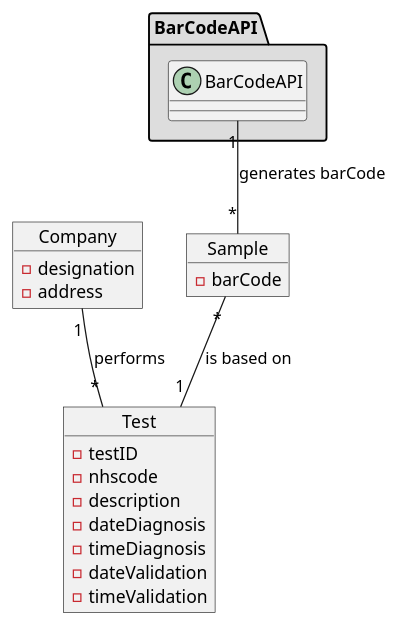
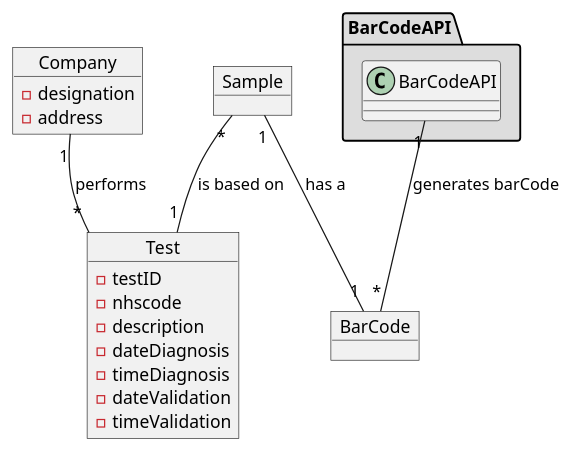
The diagram in docs/SprintC/US5/US5-MD.puml (jsmarques98/LAPR2-ISEP), drawn with PlantUML before and after one commit. The commit also changed 6 other files, not shown here.

```diff
--- a/docs/SprintC/US5/US5-MD.puml
+++ b/docs/SprintC/US5/US5-MD.puml
@@ -1,35 +1,42 @@
 @startuml
 
 object Company{
 -designation
 -address
 }
 
 object Sample{
--barCode
+
 }
+
+object BarCode{
+
+}
+
+Sample "1" -- "1" BarCode : has a
+
 
 object Test{
 -testID
 -nhscode
 -description
 -dateDiagnosis
 -timeDiagnosis
 -dateValidation
 -timeValidation
 }
 
 object BarCodeAPI{
 }
 
 
 Company "1" -- "*" Test : performs
 
 Sample "*" -- "1" Test : is based on
 
 package "BarCodeAPI" #DDDDDD{
-	BarCodeAPI "1" -- "*" Sample : generates barCode
+	BarCodeAPI "1" -- "*" BarCode : generates barCode
 }
 
 
 @enduml
```
